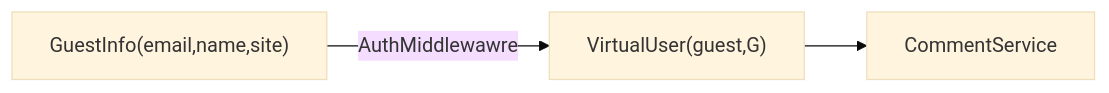
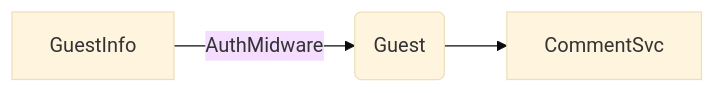
One commit to vivlog/vivlog changed the second of 4 diagrams in packages/vivlog-docs/reference/agent.md. Above: the diagram before and after it, drawn with Mermaid (base theme). The commit also changed other lines of this file and 17 other files, not shown here.

````diff
--- a/packages/vivlog-docs/reference/agent.md
+++ b/packages/vivlog-docs/reference/agent.md
@@ -64,6 +64,6 @@
 ```mermaid
 flowchart LR
 
-    G["GuestInfo(email,name,site)"] -- AuthMiddlewawre --> V["VirtualUser(guest,A)"]
-    V["VirtualUser(guest,G)"] --> CommentService
+    GuestInfo -- AuthMidware --> VirtUser(Guest)
+    VirtUser(Guest) --> CommentSvc
 ```
````
